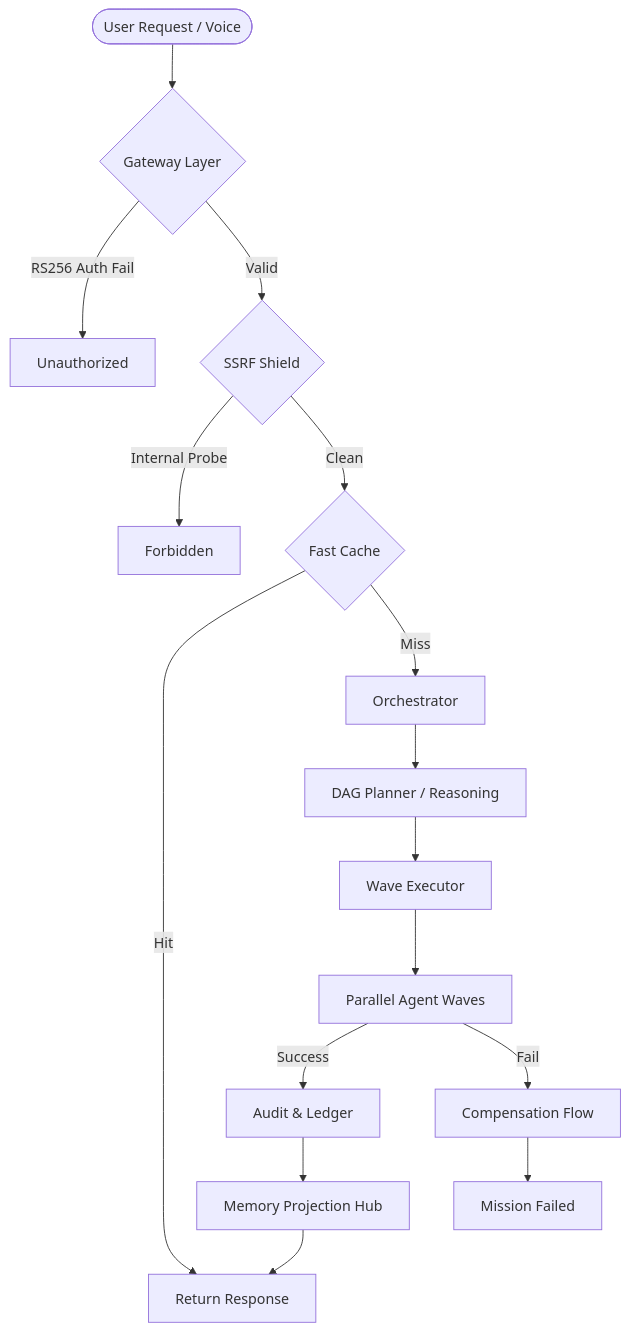
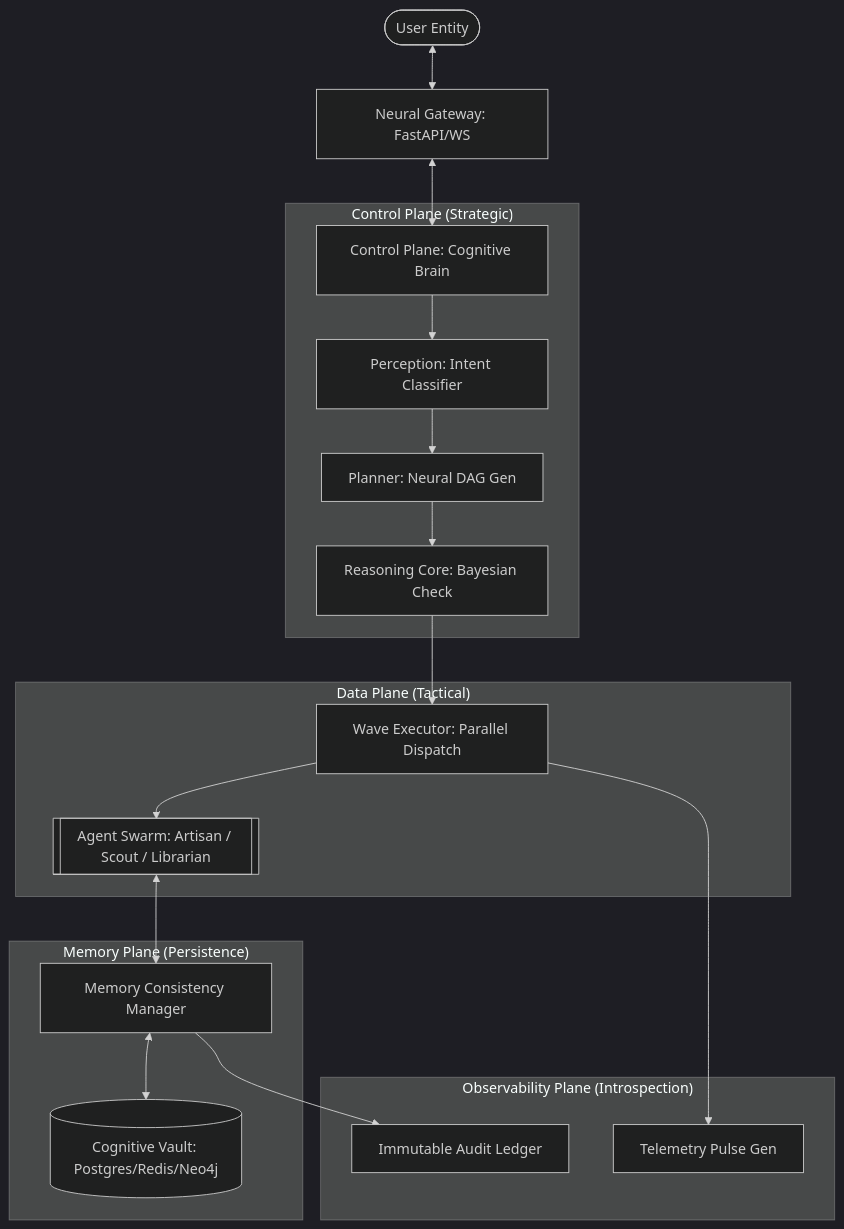
One commit to Blackdrg/levi-ai-innovate changed the first of 15 diagrams in README.md. Above: the diagram before and after it, drawn with Mermaid. The commit also changed other lines of this file and 61 other files, not shown here.

````diff
--- a/README.md
+++ b/README.md
@@ -110,18 +68,27 @@
 ```mermaid
+%%{init: {'theme': 'dark', 'themeVariables': { 'primaryColor': '#00ffcc', 'edgeLabelBackground':'#1a1a1a', 'tertiaryColor': '#1a1a1a'}}}%%
 graph TD
-    User([User Request / Voice]) --> Gate{Gateway Layer}
-    Gate -- RS256 Auth Fail --> 401[Unauthorized]
-    Gate -- Valid --> SSRF{SSRF Shield}
-    SSRF -- Internal Probe --> 403[Forbidden]
-    SSRF -- Clean --> CacheCheck{Fast Cache}
-    CacheCheck -- Hit --> Reply[Return Response]
-    CacheCheck -- Miss --> Orch[Orchestrator]
-    Orch --> Plan[DAG Planner / Reasoning]
-    Plan --> Exec[Wave Executor]
-    Exec --> Node[Parallel Agent Waves]
-    Node -- Success --> Audit[Audit & Ledger]
-    Node -- Fail --> Comp[Compensation Flow]
-    Comp --> Fail[Mission Failed]
-    Audit --> Mem[Memory Projection Hub]
-    Mem --> Reply
+    User([User Entity]) <--> Gateway[Neural Gateway: FastAPI/WS]
+    Gateway <--> Brain[Control Plane: Cognitive Brain]
+    
+    subgraph "Control Plane (Strategic)"
+        Brain --> Intent[Perception: Intent Classifier]
+        Intent --> Plan[Planner: Neural DAG Gen]
+        Plan --> Reason[Reasoning Core: Bayesian Check]
+    end
+    
+    subgraph "Data Plane (Tactical)"
+        Reason --> Executor[Wave Executor: Parallel Dispatch]
+        Executor --> Agents[[Agent Swarm: Artisan / Scout / Librarian]]
+    end
+    
+    subgraph "Memory Plane (Persistence)"
+        Agents <--> MCM[Memory Consistency Manager]
+        MCM <--> Vault[(Cognitive Vault: Postgres/Redis/Neo4j)]
+    end
+    
+    subgraph "Observability Plane (Introspection)"
+        Executor --> Pulse[Telemetry Pulse Gen]
+        MCM --> Audit[Immutable Audit Ledger]
+    end
 ```
````
